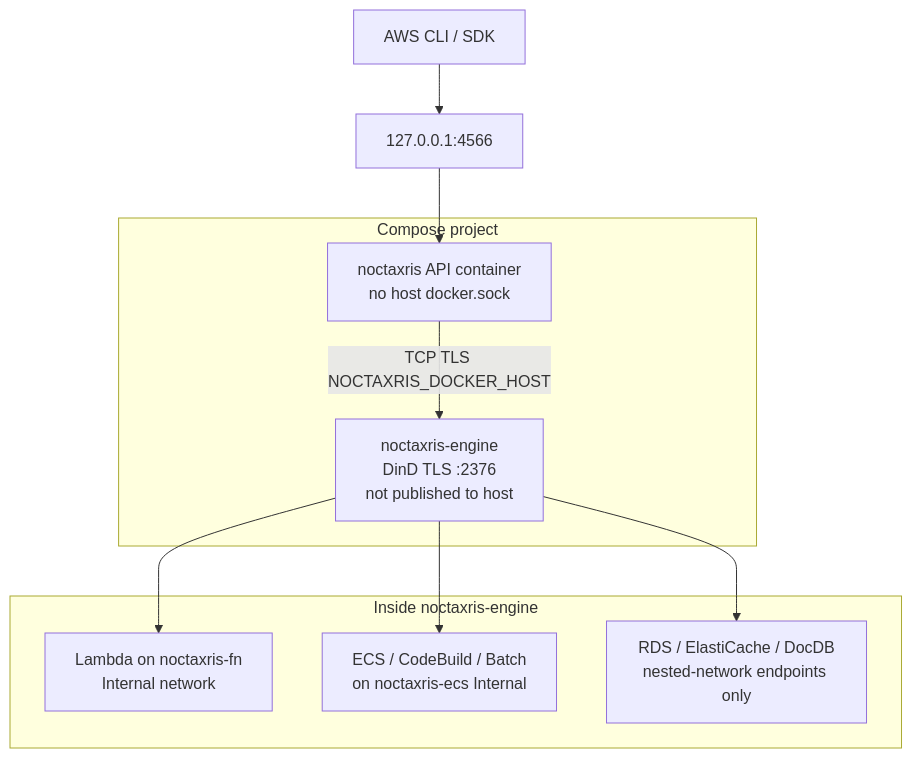
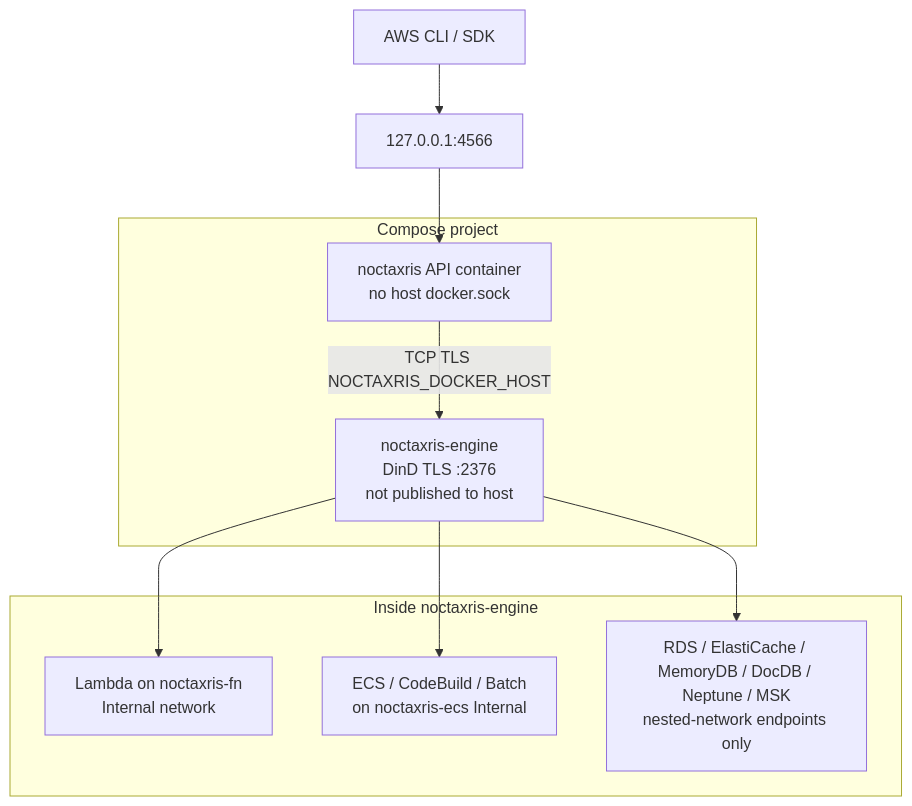
The first of 2 diagrams in docs/architecture.md (Kyaxris-Labs/Noctaxris), drawn with Mermaid before and after one commit. The commit also changed other lines of this file and 217 other files, not shown here.

````diff
--- a/docs/architecture.md
+++ b/docs/architecture.md
@@ -11,22 +11,22 @@
 ```mermaid
 flowchart TB
   Client["AWS CLI / SDK"]
   HostPort["127.0.0.1:4566"]
 
   subgraph Compose["Compose project"]
     API["noctaxris API container<br/>no host docker.sock"]
     Engine["noctaxris-engine<br/>DinD TLS :2376<br/>not published to host"]
   end
 
   subgraph Nested["Inside noctaxris-engine"]
     FnNet["Lambda on noctaxris-fn<br/>Internal network"]
     EcsNet["ECS / CodeBuild / Batch<br/>on noctaxris-ecs Internal"]
-    DataNet["RDS / ElastiCache / DocDB<br/>nested-network endpoints only"]
+    DataNet["RDS / ElastiCache / MemoryDB / DocDB / Neptune / MSK<br/>nested-network endpoints only"]
   end
 
   Client --> HostPort --> API
   API -->|"TCP TLS NOCTAXRIS_DOCKER_HOST"| Engine
   Engine --> FnNet
   Engine --> EcsNet
   Engine --> DataNet
 ```
````
